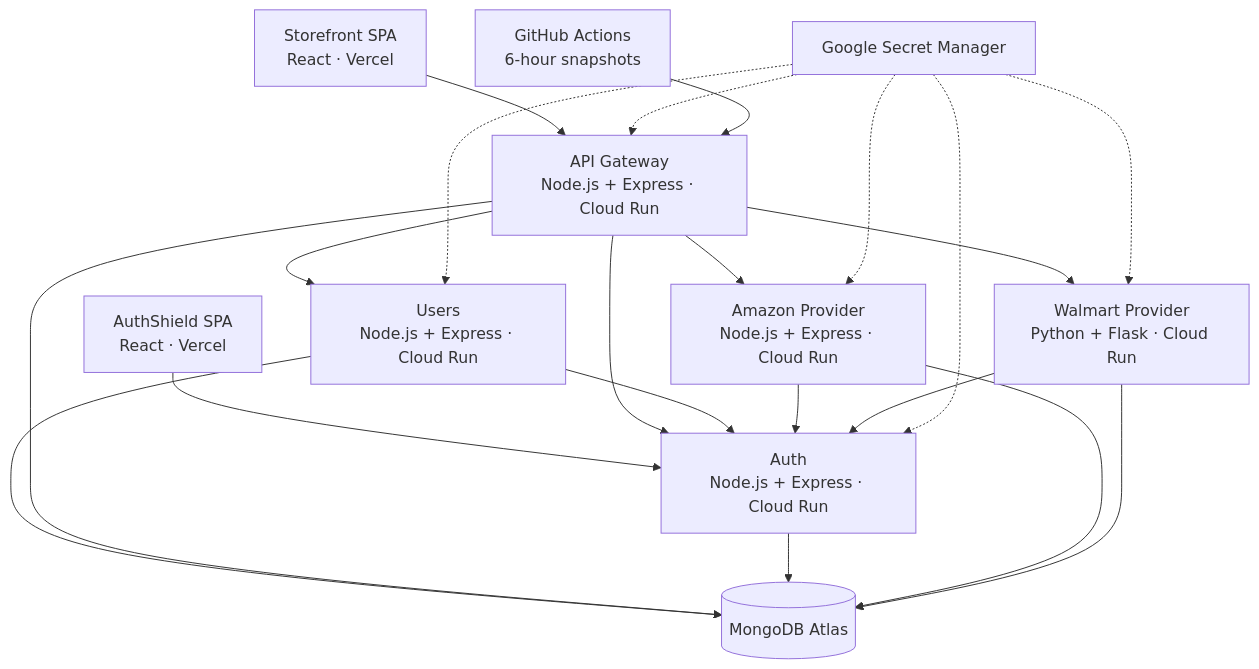
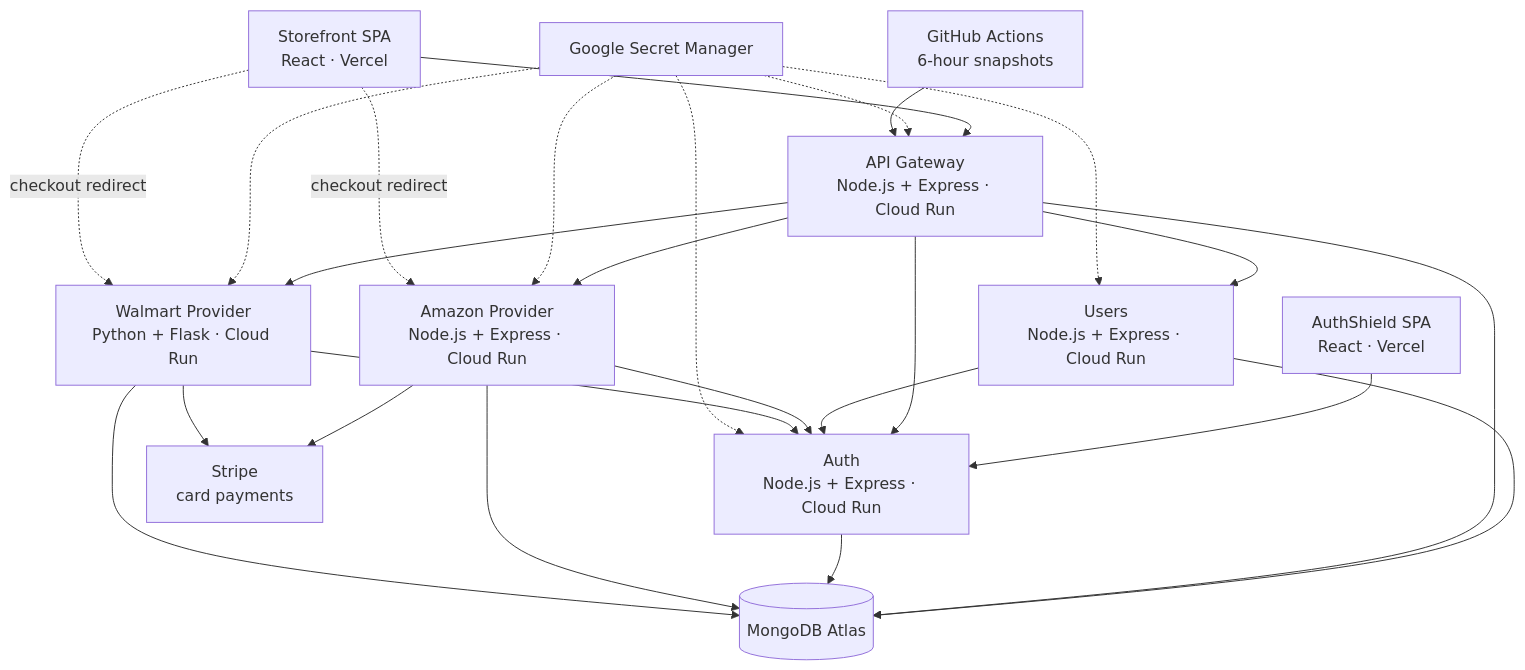
One commit to CHAITANYAGANDI/Trendy_Treasures changed the diagram in README.md. Above: the diagram before and after it, drawn with Mermaid.

Commit message:
docs: correct checkout flow in architecture diagram

````diff
--- a/README.md
+++ b/README.md
@@ -117,41 +117,48 @@
 ```mermaid
 flowchart TB
     Storefront["Storefront SPA<br/>React · Vercel"]
     AuthClient["AuthShield SPA<br/>React · Vercel"]
 
     Gateway["API Gateway<br/>Node.js + Express · Cloud Run"]
     Users["Users<br/>Node.js + Express · Cloud Run"]
     Auth["Auth<br/>Node.js + Express · Cloud Run"]
     Amazon["Amazon Provider<br/>Node.js + Express · Cloud Run"]
     Walmart["Walmart Provider<br/>Python + Flask · Cloud Run"]
 
     Atlas[("MongoDB Atlas")]
     Secrets["Google Secret Manager"]
     Actions["GitHub Actions<br/>6-hour snapshots"]
+    Stripe["Stripe<br/>card payments"]
 
     Storefront --> Gateway
     AuthClient --> Auth
 
     Gateway --> Users
     Gateway --> Amazon
     Gateway --> Walmart
     Gateway --> Auth
 
     Users --> Auth
     Amazon --> Auth
     Walmart --> Auth
 
     Users --> Atlas
     Gateway --> Atlas
     Auth --> Atlas
     Amazon --> Atlas
     Walmart --> Atlas
 
     Secrets -.-> Gateway
     Secrets -.-> Users
     Secrets -.-> Auth
     Secrets -.-> Amazon
     Secrets -.-> Walmart
 
     Actions --> Gateway
+
+    Storefront -.->|checkout redirect| Amazon
+    Storefront -.->|checkout redirect| Walmart
+    Amazon --> Stripe
+    Walmart --> Stripe
+
 ```
````
